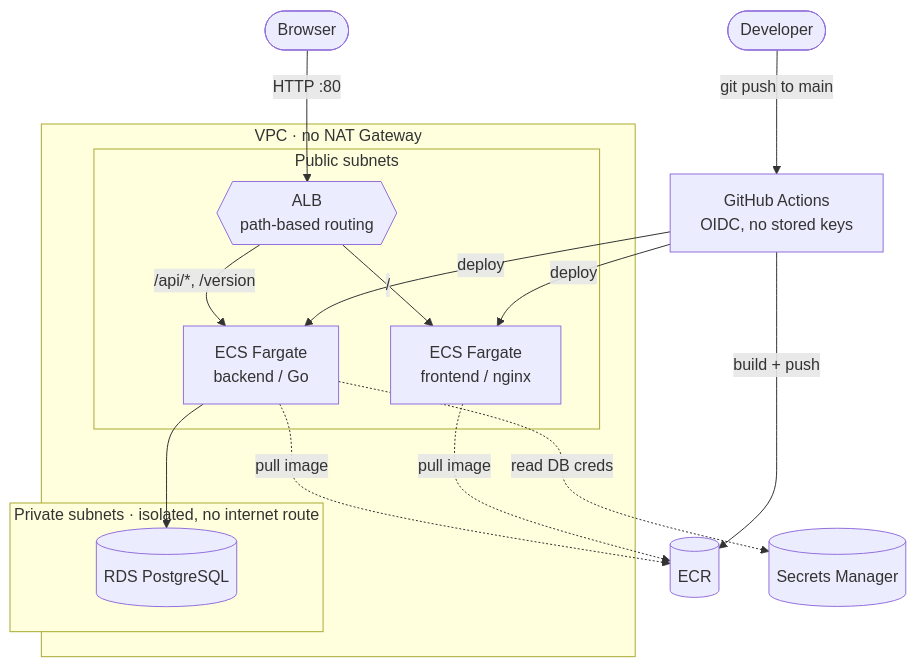
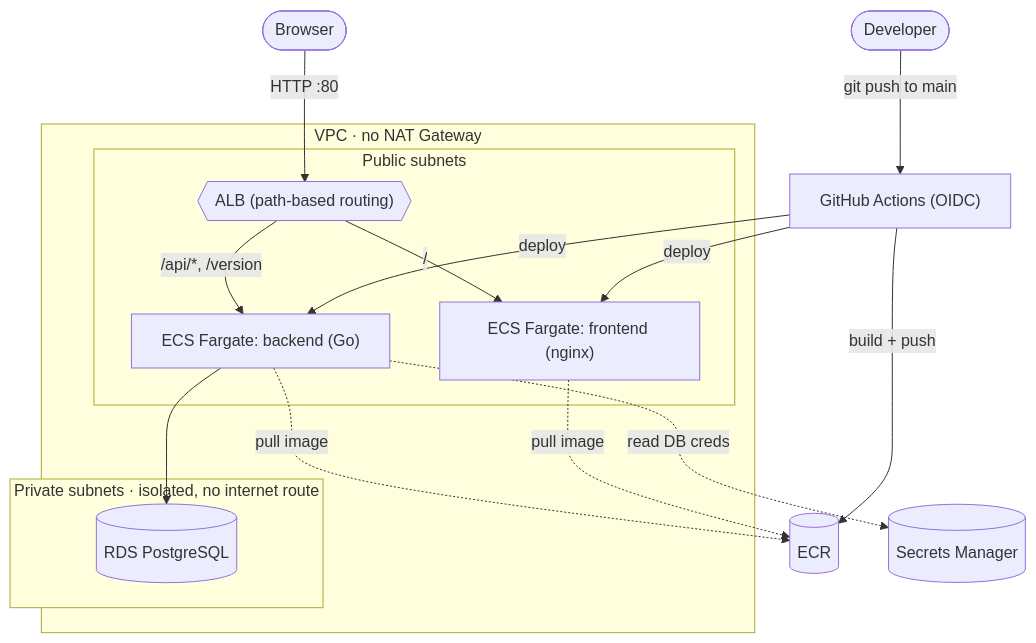
The diagram in README.md (faqsarg/robin), drawn with Mermaid before and after one commit.

Commit message:
docs: removed line breaks at all

````diff
--- a/README.md
+++ b/README.md
@@ -19,27 +19,27 @@
 ```mermaid
 flowchart TB
-    Dev([Developer]) -->|git push to main| GHA["`GitHub Actions<br>OIDC, no stored keys`"]
+    Dev([Developer]) -->|git push to main| GHA["GitHub Actions (OIDC)"]
     GHA -->|build + push| ECR[(ECR)]
     GHA -->|deploy| FE
     GHA -->|deploy| BE
 
-    User([Browser]) -->|HTTP :80| ALB{{"`ALB<br>path-based routing`"}}
+    User([Browser]) -->|HTTP :80| ALB{{"ALB (path-based routing)"}}
 
     subgraph VPC["VPC · no NAT Gateway"]
         subgraph Pub["Public subnets"]
             ALB
-            FE["`ECS Fargate<br>frontend / nginx`"]
-            BE["`ECS Fargate<br>backend / Go`"]
+            FE["ECS Fargate: frontend (nginx)"]
+            BE["ECS Fargate: backend (Go)"]
         end
         subgraph Priv["Private subnets · isolated, no internet route"]
             RDS[("RDS PostgreSQL")]
         end
     end
 
     ALB -->|"/"| FE
     ALB -->|"/api/*, /version"| BE
     BE --> RDS
     BE -.->|read DB creds| SM[("Secrets Manager")]
     FE -.->|pull image| ECR
     BE -.->|pull image| ECR
 ```
````
